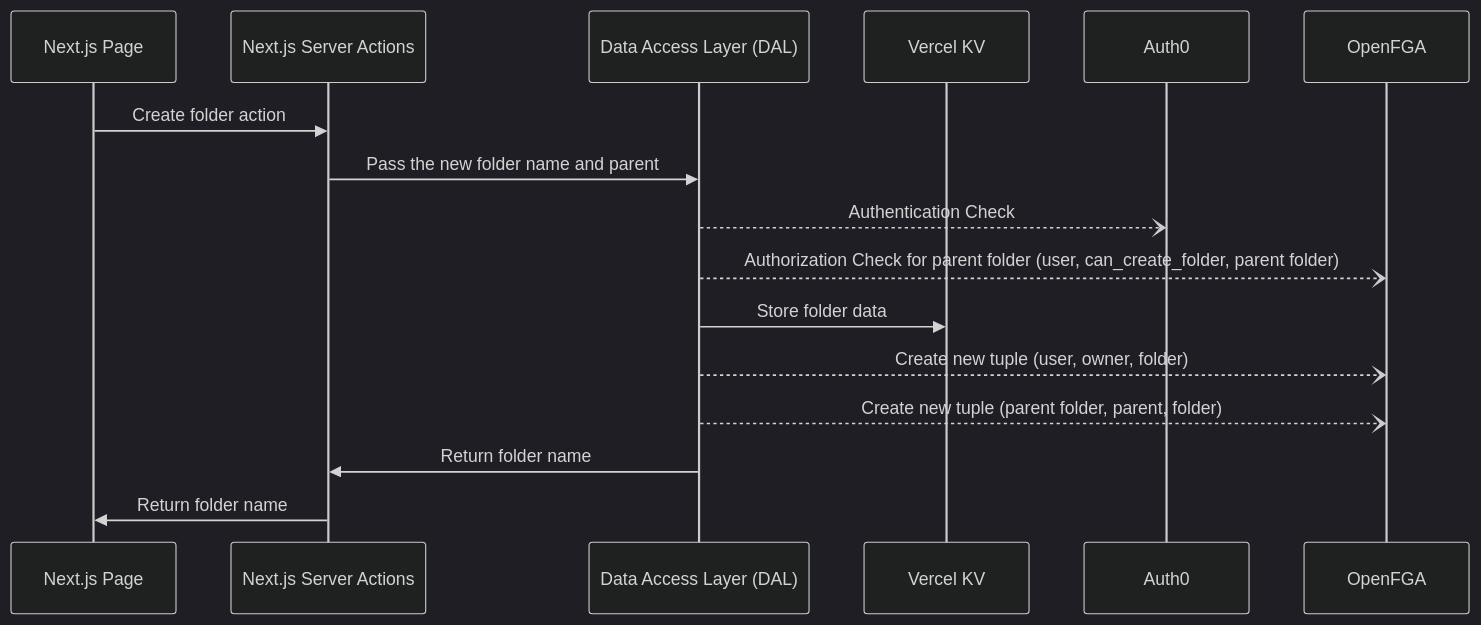
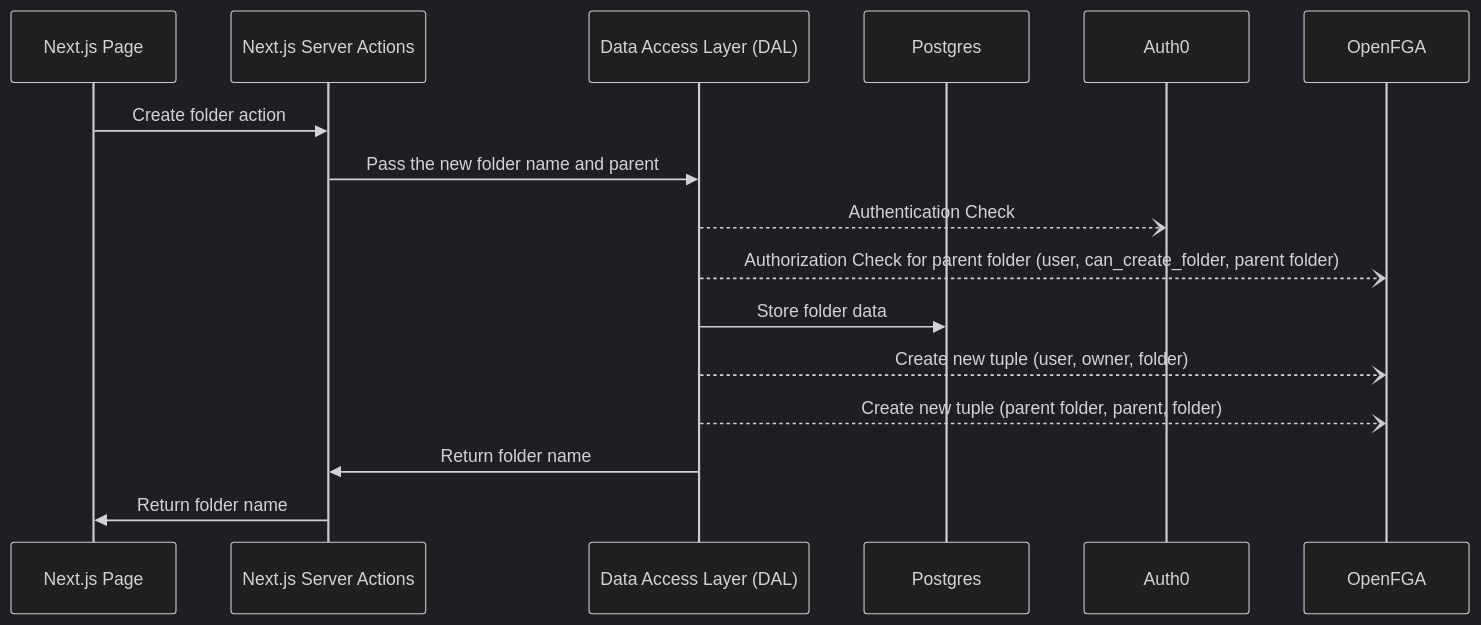
The seventh of 8 diagrams in README.md (oktadev/fga-drive-example), drawn with Mermaid (dark theme) before and after one commit. The commit also changed other lines of this file and 1 other file, not shown here.

Commit message:
Update readme with Postgres info

````diff
--- a/README.md
+++ b/README.md
@@ -322,18 +326,18 @@
 ```mermaid
 sequenceDiagram;
   participant Next.js Page
   participant Next.js Server Actions
   participant Data Access Layer (DAL)
-  participant Vercel KV
+  participant Postgres
   participant Auth0
   participant OpenFGA
   Next.js Page->>Next.js Server Actions: Create folder action
   Next.js Server Actions->>Data Access Layer (DAL): Pass the new folder name and  parent
   Data Access Layer (DAL)--)Auth0: Authentication Check
   Data Access Layer (DAL)--)OpenFGA: Authorization Check for parent folder (user, can_create_folder, parent folder)
-  Data Access Layer (DAL)->>Vercel KV: Store folder data
+  Data Access Layer (DAL)->>Postgres: Store folder data
   Data Access Layer (DAL)--)OpenFGA: Create new tuple (user, owner, folder)
   Data Access Layer (DAL)--)OpenFGA: Create new tuple (parent folder, parent, folder)
   Data Access Layer (DAL)->>Next.js Server Actions: Return folder name
   Next.js Server Actions->>Next.js Page: Return folder name
 ```
````
